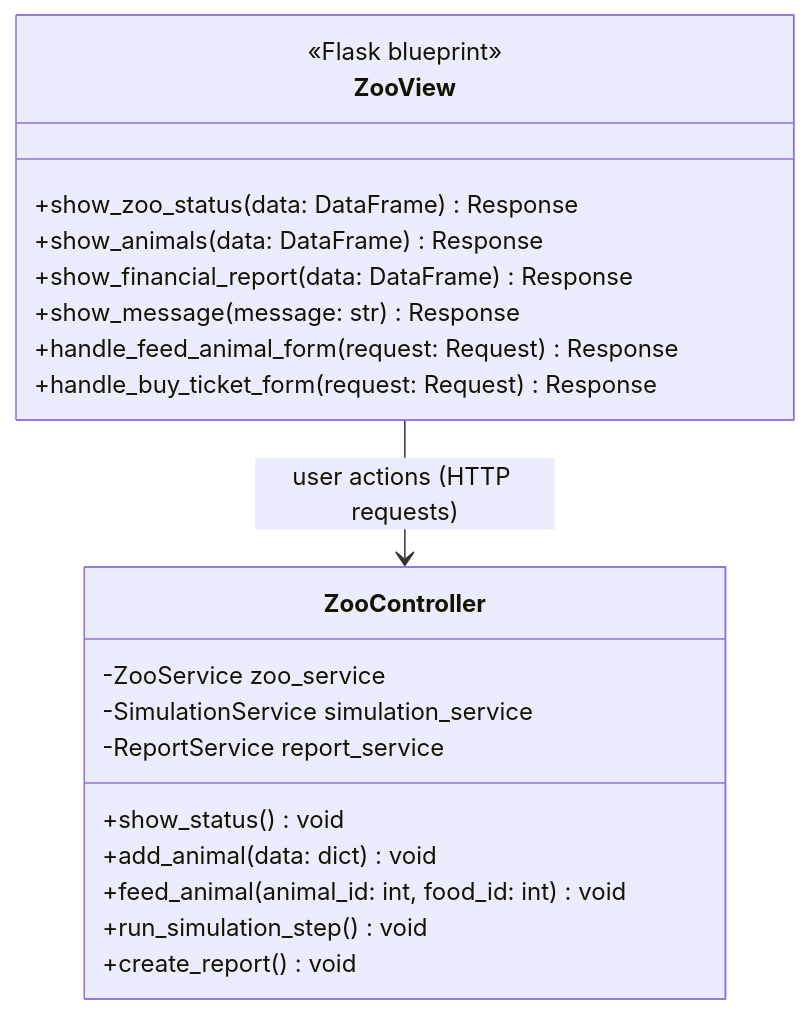
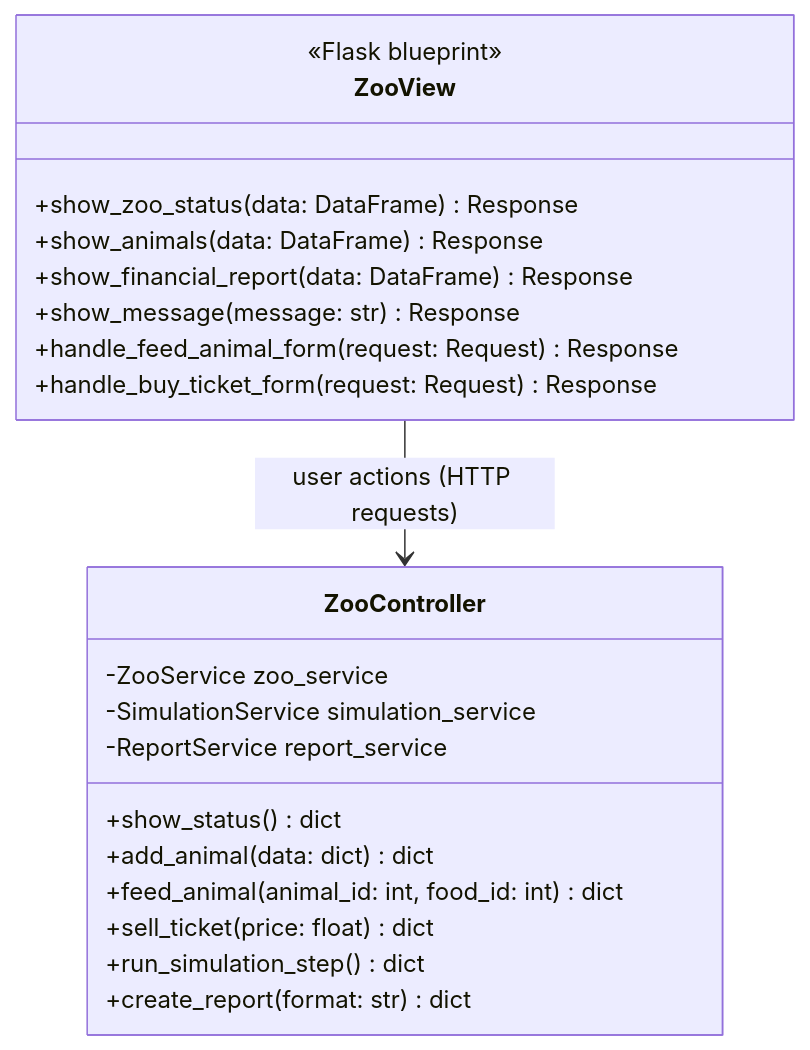
One commit to Darnell-Beganovic/zms-BBS changed the diagram in zoo_simulation/docs/planning_frontend_alessio.md. Above: the diagram before and after it, drawn with Mermaid. The commit also changed other lines of this file and 1 other file, not shown here.

````diff
--- a/zoo_simulation/docs/planning_frontend_alessio.md
+++ b/zoo_simulation/docs/planning_frontend_alessio.md
@@ -33,27 +33,28 @@
 ```mermaid
 classDiagram
     direction TB
 
     class ZooView {
         <<Flask blueprint>>
         +show_zoo_status(data: DataFrame) Response
         +show_animals(data: DataFrame) Response
         +show_financial_report(data: DataFrame) Response
         +show_message(message: str) Response
         +handle_feed_animal_form(request: Request) Response
         +handle_buy_ticket_form(request: Request) Response
     }
 
     class ZooController {
         -ZooService zoo_service
         -SimulationService simulation_service
         -ReportService report_service
-        +show_status() void
-        +add_animal(data: dict) void
-        +feed_animal(animal_id: int, food_id: int) void
-        +run_simulation_step() void
-        +create_report() void
+        +show_status() dict
+        +add_animal(data: dict) dict
+        +feed_animal(animal_id: int, food_id: int) dict
+        +sell_ticket(price: float) dict
+        +run_simulation_step() dict
+        +create_report(format: str) dict
     }
 
     ZooView --> ZooController : user actions (HTTP requests)
 ```
````
